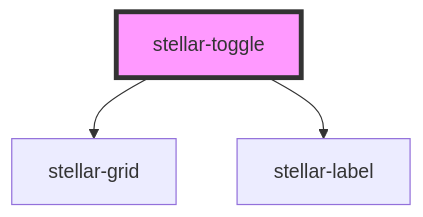
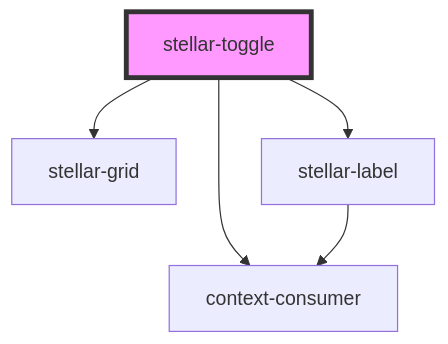
The diagram in src/components/forms/toggle/readme.md (splitinfinities/Stellar), drawn with Mermaid before and after one commit. The commit also changed other lines of this file and 44 other files, not shown here.

````diff
--- a/src/components/forms/toggle/readme.md
+++ b/src/components/forms/toggle/readme.md
@@ -237,6 +239,8 @@
 ```mermaid
 graph TD;
   stellar-toggle --> stellar-grid
   stellar-toggle --> stellar-label
+  stellar-toggle --> context-consumer
+  stellar-label --> context-consumer
   style stellar-toggle fill:#f9f,stroke:#333,stroke-width:4px
 ```
````
